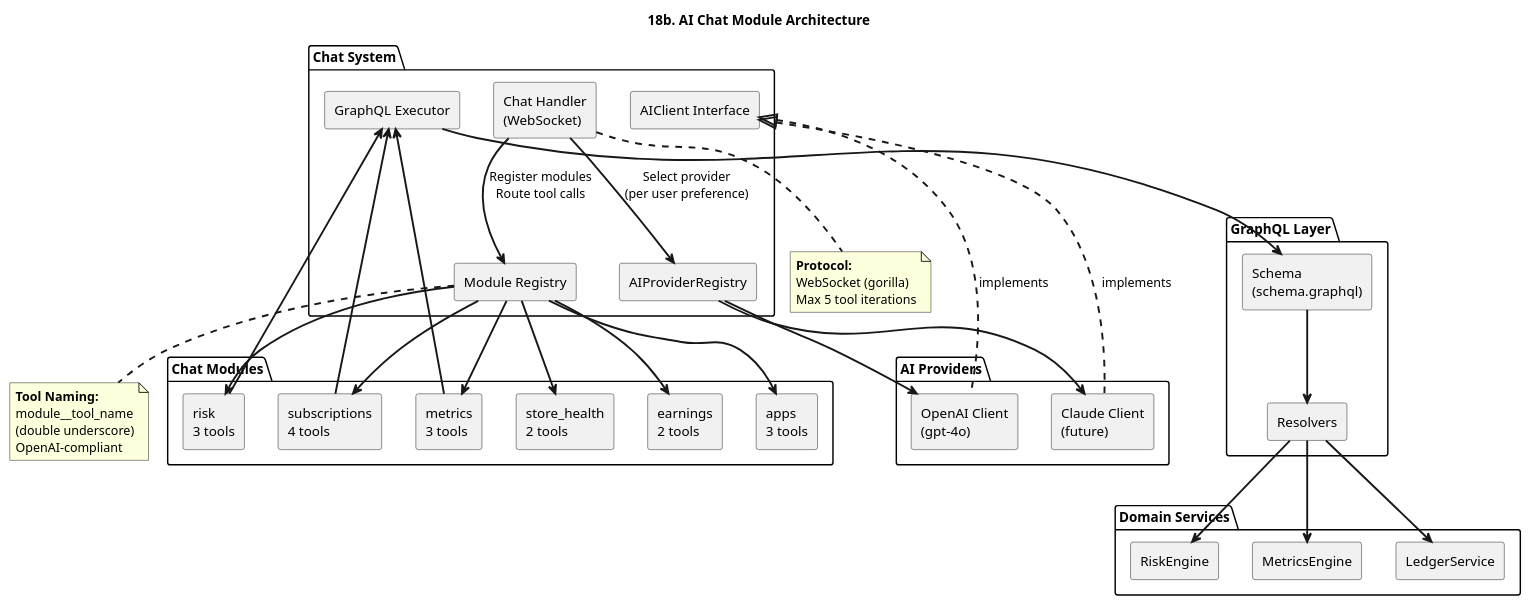
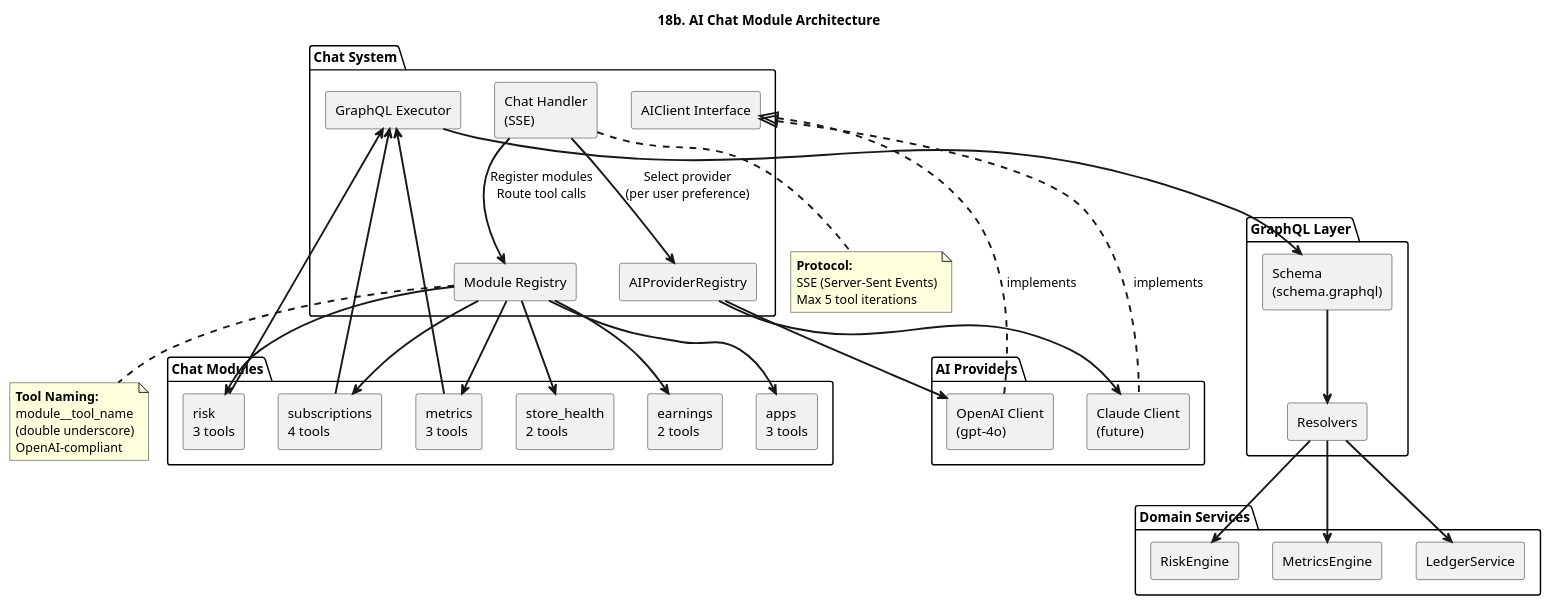
The diagram in docs/diagrams/puml/18-ai-chat-modules-component.puml (sachin-sivadasan/ledgerguard), drawn with PlantUML before and after one commit. The commit also changed 7 other files, not shown here.

First line of the commit message:
docs: diagram audit — update ER, C4, sequences, endpoint map, provider graph

```diff
--- a/docs/diagrams/puml/18-ai-chat-modules-component.puml
+++ b/docs/diagrams/puml/18-ai-chat-modules-component.puml
@@ -1,80 +1,80 @@
 @startuml
 title 18b. AI Chat Module Architecture
 
 skinparam componentStyle rectangle
 skinparam componentArrowThickness 2
 
 package "Chat System" {
-  [Chat Handler\n(WebSocket)] as CH
+  [Chat Handler\n(SSE)] as CH
   [Module Registry] as MR
   [AIClient Interface] as AIC
   [AIProviderRegistry] as APR
   [GraphQL Executor] as GQL
 }
 
 package "AI Providers" {
   [OpenAI Client\n(gpt-4o)] as OAI
   [Claude Client\n(future)] as Claude
 }
 
 package "Chat Modules" {
   [risk\n3 tools] as Risk
   [subscriptions\n4 tools] as Subs
   [metrics\n3 tools] as Metrics
   [store_health\n2 tools] as SH
   [earnings\n2 tools] as Earn
   [apps\n3 tools] as Apps
 }
 
 package "GraphQL Layer" {
   [Schema\n(schema.graphql)] as Schema
   [Resolvers] as Resolvers
 }
 
 package "Domain Services" {
   [RiskEngine] as RE
   [MetricsEngine] as ME
   [LedgerService] as LS
 }
 
 CH --> MR : Register modules\nRoute tool calls
 CH --> APR : Select provider\n(per user preference)
 
 APR --> OAI
 APR --> Claude
 
 AIC <|.. OAI : implements
 AIC <|.. Claude : implements
 
 MR --> Risk
 MR --> Subs
 MR --> Metrics
 MR --> SH
 MR --> Earn
 MR --> Apps
 
 Risk --> GQL
 Subs --> GQL
 Metrics --> GQL
 
 GQL --> Schema
 Schema --> Resolvers
 
 Resolvers --> RE
 Resolvers --> ME
 Resolvers --> LS
 
 note bottom of MR
   **Tool Naming:**
   module__tool_name
   (double underscore)
   OpenAI-compliant
 end note
 
 note bottom of CH
   **Protocol:**
-  WebSocket (gorilla)
+  SSE (Server-Sent Events)
   Max 5 tool iterations
 end note
 
 @enduml
```
